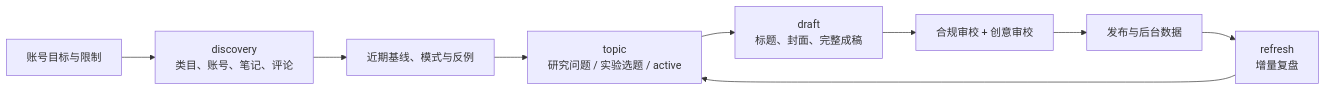
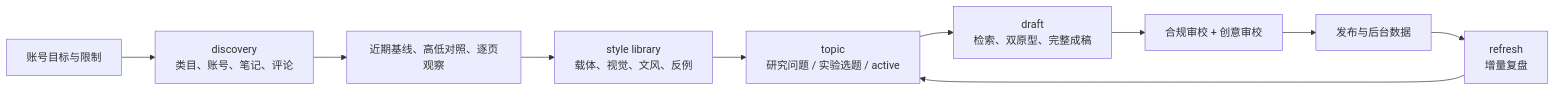
The first of 2 diagrams in README.md (Sciiaok/redbook-writing-skill), drawn with Mermaid before and after one commit. The commit also changed other lines of this file, not shown here.

````diff
--- a/README.md
+++ b/README.md
@@ -28,11 +30,12 @@
 ```mermaid
 flowchart LR
     A["账号目标与限制"] --> B["discovery<br/>类目、账号、笔记、评论"]
-    B --> C["近期基线、模式与反例"]
-    C --> D["topic<br/>研究问题 / 实验选题 / active"]
-    D --> E["draft<br/>标题、封面、完整成稿"]
+    B --> C["近期基线、高低对照、逐页观察"]
+    C --> S["style library<br/>载体、视觉、文风、反例"]
+    S --> D["topic<br/>研究问题 / 实验选题 / active"]
+    D --> E["draft<br/>检索、双原型、完整成稿"]
     E --> F["合规审校 + 创意审校"]
     F --> G["发布与后台数据"]
     G --> H["refresh<br/>增量复盘"]
     H --> D
 ```
````
